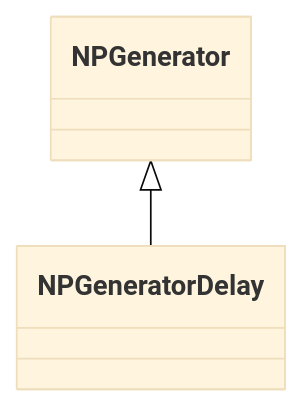
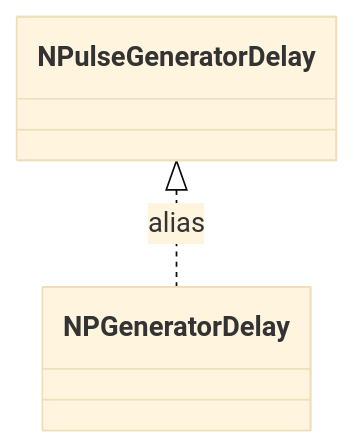
Before and after one commit to aicommunity/Nmsdk-PulseLib: the sixth of 10 diagrams in Docs/Components/NPGeneratorDelay.md, drawn with Mermaid (base theme). The commit also changed other lines of this file and 196 other files, not shown here.

````diff
--- a/Docs/Components/NPGeneratorDelay.md
+++ b/Docs/Components/NPGeneratorDelay.md
@@ -17,4 +240,4 @@
 ```mermaid
 classDiagram
-    NPGenerator <|-- NPGeneratorDelay
+    NPulseGeneratorDelay <|.. NPGeneratorDelay : alias
 ```
````
